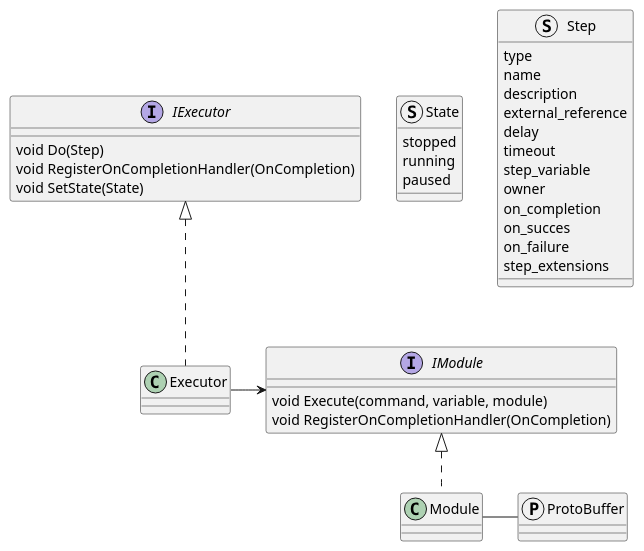
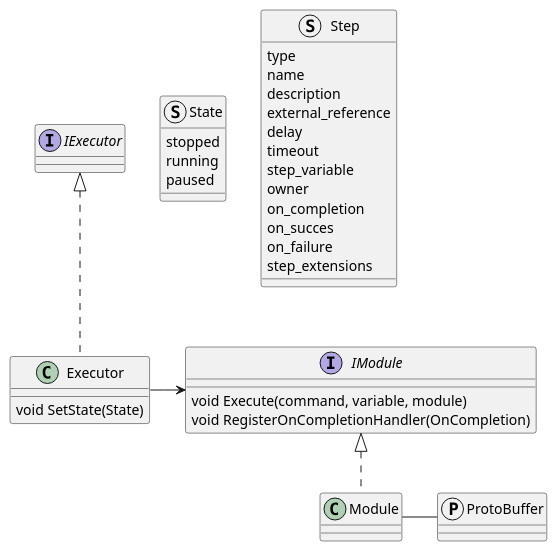
One commit to COSSAS/SOARCA changed the second of 4 diagrams in doc/executer.adoc. Above: the diagram before and after it, drawn with PlantUML. The commit also changed other lines of this file and 16 other files, not shown here.

```diff
--- a/doc/executer.adoc
+++ b/doc/executer.adoc
@@ -35,51 +35,51 @@
 [plantuml, target=soar-ca-executer-interface]
 ....
 @startuml
 
 interface IExecutor {
-    void Do(Step)
-    void RegisterOnCompletionHandler(OnCompletion)
-    void SetState(State)
 }
 
 struct State{
     stopped
     running
     paused
 }
 
 
 struct Step {
     type
     name
     description
     external_reference
     delay
     timeout
     step_variable
     owner
     on_completion
     on_succes
     on_failure
     step_extensions
 }
 
 
 interface IModule {
     void Execute(command, variable, module)
     void RegisterOnCompletionHandler(OnCompletion)
 }
 
 
-class Executor 
+class Executor {
+    void SetState(State)
+}
+
 class Module
 protocol ProtoBuffer
 
 IExecutor <|.. Executor
 Executor -> IModule
 IModule <|.. Module
 Module - ProtoBuffer
 
 
 @enduml
 ....
```
